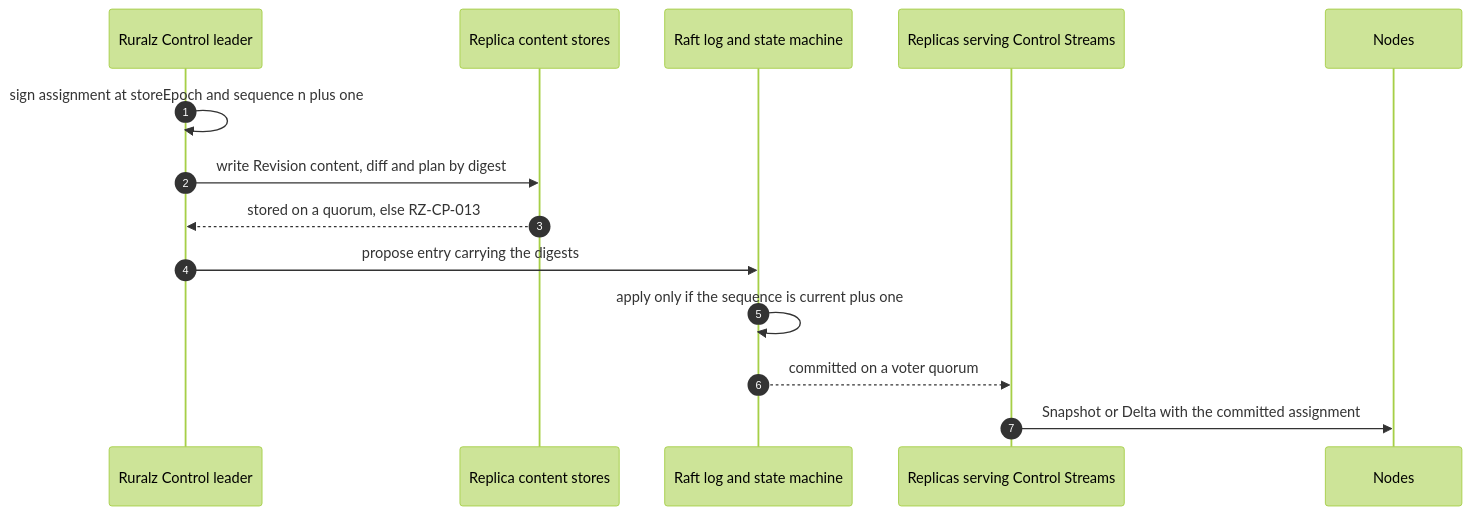
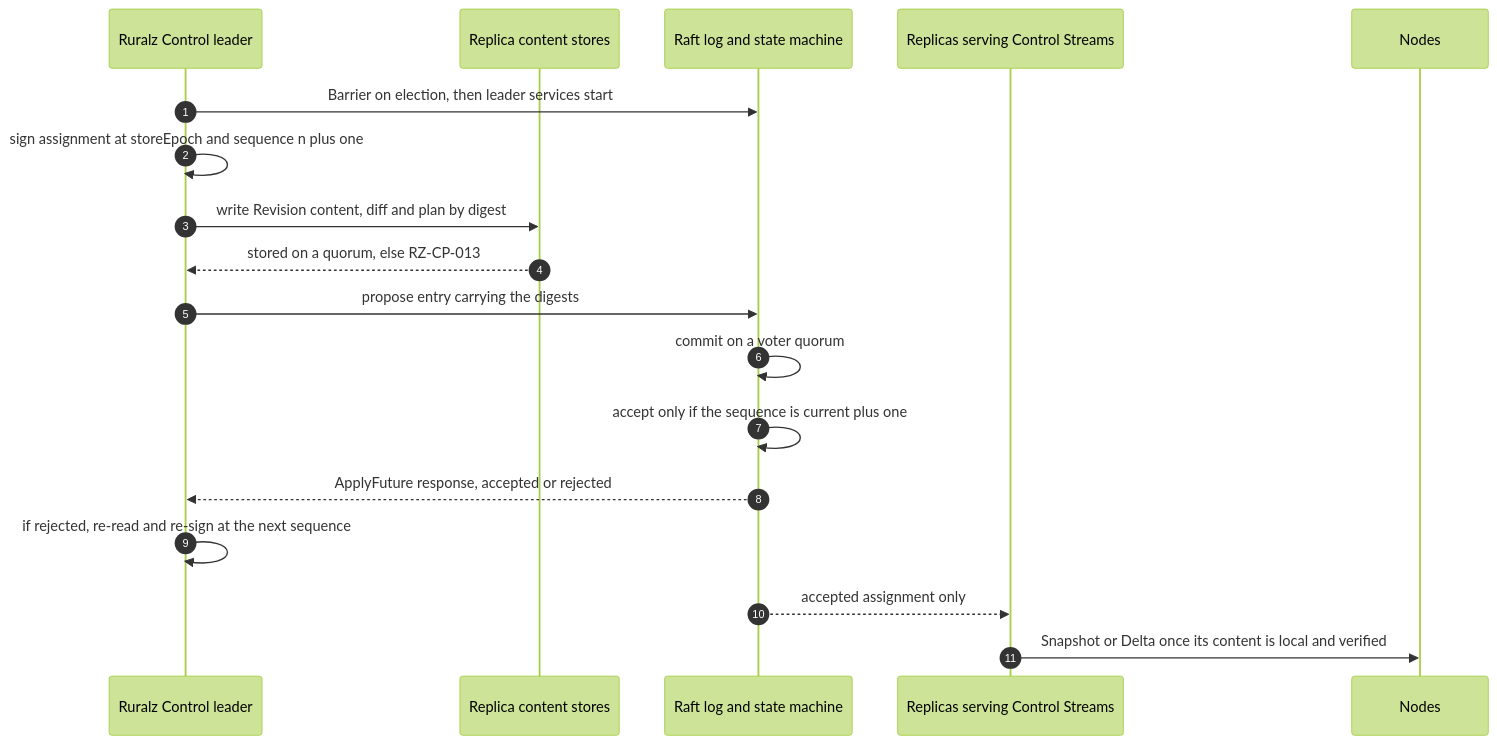
The second of 2 diagrams in docs/adr/0006-control-store-raft-boltdb.md (ravindu-rev/ruralz), drawn with Mermaid (forest theme) before and after one commit. The commit also changed other lines of this file and 24 other files, not shown here.

````diff
--- a/docs/adr/0006-control-store-raft-boltdb.md
+++ b/docs/adr/0006-control-store-raft-boltdb.md
@@ -90,16 +90,20 @@
 ```mermaid
 sequenceDiagram
   autonumber
   participant L as Ruralz Control leader
   participant C as Replica content stores
   participant R as Raft log and state machine
   participant S as Replicas serving Control Streams
   participant N as Nodes
+  L->>R: Barrier on election, then leader services start
   L->>L: sign assignment at storeEpoch and sequence n plus one
   L->>C: write Revision content, diff and plan by digest
   C-->>L: stored on a quorum, else RZ-CP-013
   L->>R: propose entry carrying the digests
-  R->>R: apply only if the sequence is current plus one
-  R-->>S: committed on a voter quorum
-  S->>N: Snapshot or Delta with the committed assignment
+  R->>R: commit on a voter quorum
+  R->>R: accept only if the sequence is current plus one
+  R-->>L: ApplyFuture response, accepted or rejected
+  L->>L: if rejected, re-read and re-sign at the next sequence
+  R-->>S: accepted assignment only
+  S->>N: Snapshot or Delta once its content is local and verified
 ```
````
